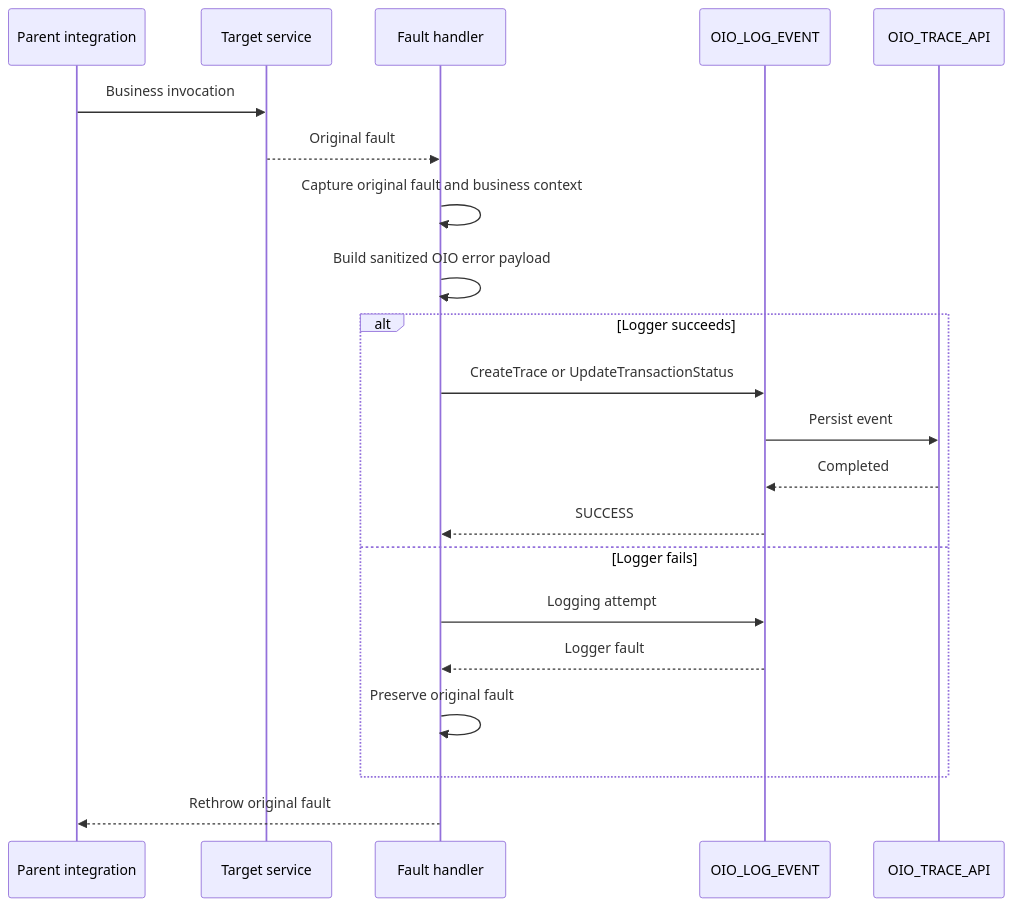
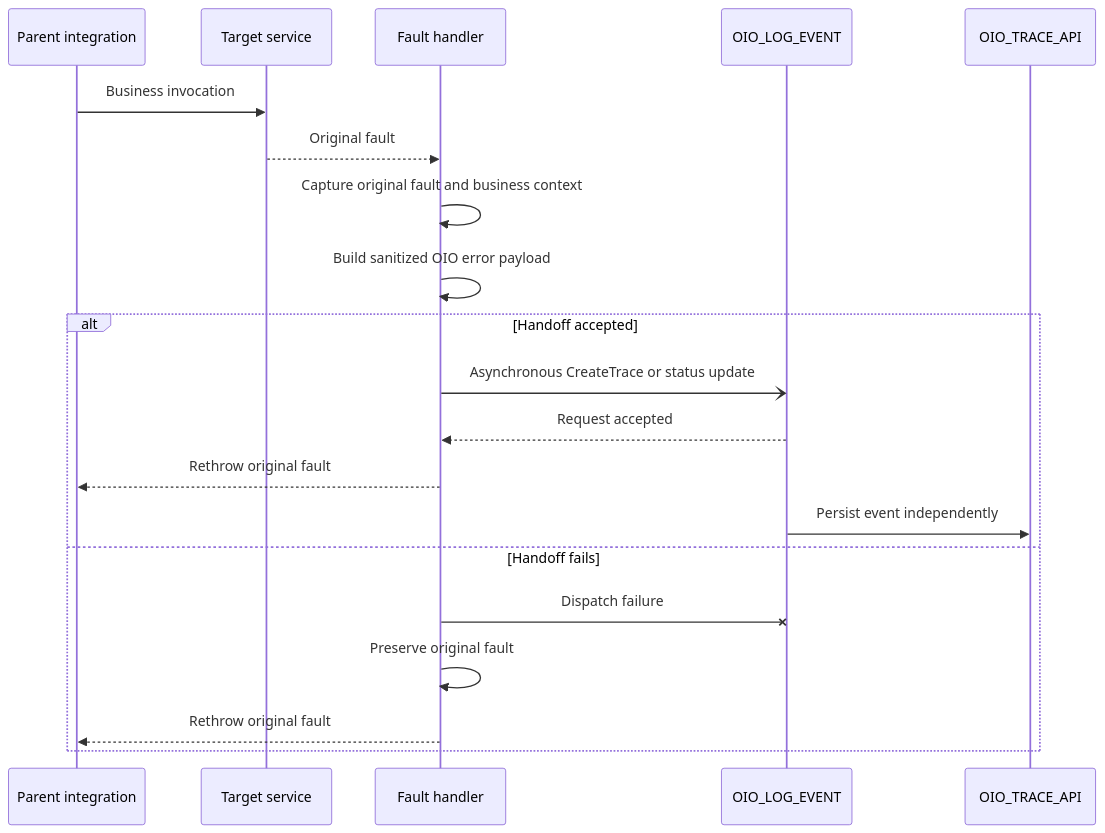
The diagram in oic/fault-handler-pattern.md (lucianosilva/oracle-integration-observability), drawn with Mermaid before and after one commit. The commit also changed other lines of this file and 4 other files, not shown here.

````diff
--- a/oic/fault-handler-pattern.md
+++ b/oic/fault-handler-pattern.md
@@ -50,26 +52,24 @@
 ```mermaid
 sequenceDiagram
     participant Parent as Parent integration
     participant Target as Target service
     participant Handler as Fault handler
     participant Logger as OIO_LOG_EVENT
     participant DB as OIO_TRACE_API
 
     Parent->>Target: Business invocation
     Target-->>Handler: Original fault
     Handler->>Handler: Capture original fault and business context
     Handler->>Handler: Build sanitized OIO error payload
 
-    alt Logger succeeds
-        Handler->>Logger: CreateTrace or UpdateTransactionStatus
-        Logger->>DB: Persist event
-        DB-->>Logger: Completed
-        Logger-->>Handler: SUCCESS
-    else Logger fails
-        Handler->>Logger: Logging attempt
-        Logger-->>Handler: Logger fault
+    alt Handoff accepted
+        Handler-)Logger: Asynchronous CreateTrace or status update
+        Logger-->>Handler: Request accepted
+        Handler-->>Parent: Rethrow original fault
+        Logger->>DB: Persist event independently
+    else Handoff fails
+        Handler-xLogger: Dispatch failure
         Handler->>Handler: Preserve original fault
+        Handler-->>Parent: Rethrow original fault
     end
-
-    Handler-->>Parent: Rethrow original fault
 ```
````
